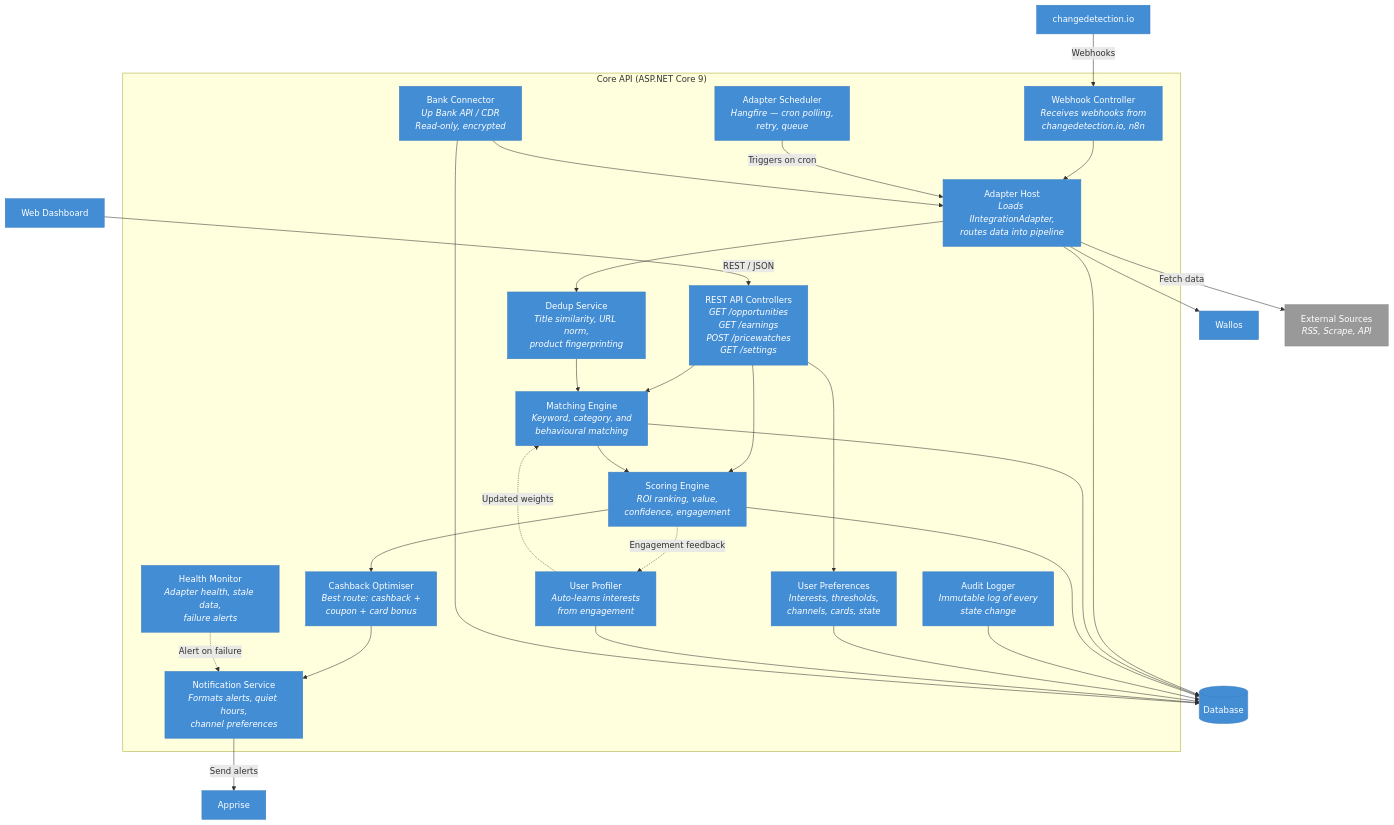
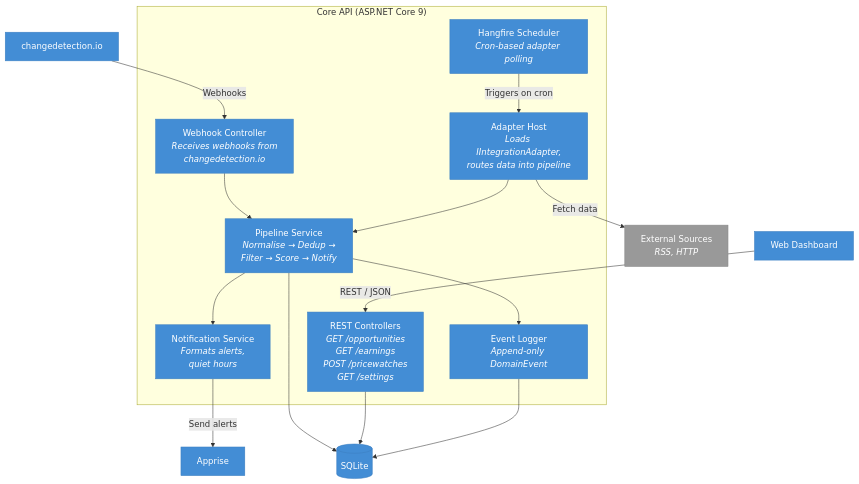
One commit to abhishekmandhare/Dealme changed the third of 7 diagrams in docs/ARCHITECTURE.md. Above: the diagram before and after it, drawn with Mermaid. The commit also changed other lines of this file and 3 other files, not shown here.

````diff
--- a/docs/ARCHITECTURE.md
+++ b/docs/ARCHITECTURE.md
@@ -130,80 +88,46 @@
 ```mermaid
 graph TB
     Dashboard["Web Dashboard"]
     CDIO["changedetection.io"]
     Apprise["Apprise"]
-    Wallos["Wallos"]
-    DB[("Database")]
-    External["External Sources<br/><i>RSS, Scrape, API</i>"]
+    DB[("SQLite")]
+    External["External Sources<br/><i>RSS, HTTP</i>"]
 
     subgraph API["Core API (ASP.NET Core 9)"]
-        REST["REST API Controllers<br/><i>GET /opportunities<br/>GET /earnings<br/>POST /pricewatches<br/>GET /settings</i>"]
-        Webhook["Webhook Controller<br/><i>Receives webhooks from<br/>changedetection.io, n8n</i>"]
-        Matching["Matching Engine<br/><i>Keyword, category, and<br/>behavioural matching</i>"]
-        Scoring["Scoring Engine<br/><i>ROI ranking, value,<br/>confidence, engagement</i>"]
-        Dedup["Dedup Service<br/><i>Title similarity, URL norm,<br/>product fingerprinting</i>"]
-        CashbackOpt["Cashback Optimiser<br/><i>Best route: cashback +<br/>coupon + card bonus</i>"]
-        Profiler["User Profiler<br/><i>Auto-learns interests<br/>from engagement</i>"]
-        Notifier["Notification Service<br/><i>Formats alerts, quiet hours,<br/>channel preferences</i>"]
-        Scheduler["Adapter Scheduler<br/><i>Hangfire — cron polling,<br/>retry, queue</i>"]
+        REST["REST Controllers<br/><i>GET /opportunities<br/>GET /earnings<br/>POST /pricewatches<br/>GET /settings</i>"]
+        Webhook["Webhook Controller<br/><i>Receives webhooks from<br/>changedetection.io</i>"]
+        Pipeline["Pipeline Service<br/><i>Normalise → Dedup →<br/>Filter → Score → Notify</i>"]
         AdapterHost["Adapter Host<br/><i>Loads IIntegrationAdapter,<br/>routes data into pipeline</i>"]
-        Audit["Audit Logger<br/><i>Immutable log of every<br/>state change</i>"]
-        Prefs["User Preferences<br/><i>Interests, thresholds,<br/>channels, cards, state</i>"]
-        Health["Health Monitor<br/><i>Adapter health, stale data,<br/>failure alerts</i>"]
-        BankConn["Bank Connector<br/><i>Up Bank API / CDR<br/>Read-only, encrypted</i>"]
+        Scheduler["Hangfire Scheduler<br/><i>Cron-based adapter polling</i>"]
+        Notifier["Notification Service<br/><i>Formats alerts,<br/>quiet hours</i>"]
+        EventLog["Event Logger<br/><i>Append-only DomainEvent</i>"]
     end
 
-    Dashboard -->|"REST / JSON"| REST
-    CDIO -->|"Webhooks"| Webhook
+    Dashboard -->|REST / JSON| REST
+    CDIO -->|Webhooks| Webhook
 
-    REST --> Prefs
-    REST --> Matching
-    REST --> Scoring
-    Webhook --> AdapterHost
+    Webhook --> Pipeline
+    Scheduler -->|Triggers on cron| AdapterHost
+    AdapterHost -->|Fetch data| External
+    AdapterHost --> Pipeline
+    Pipeline --> Notifier
+    Notifier -->|Send alerts| Apprise
 
-    Scheduler -->|"Triggers on cron"| AdapterHost
-    AdapterHost --> Dedup
-    Dedup --> Matching
-    Matching --> Scoring
-    Scoring --> CashbackOpt
-    CashbackOpt --> Notifier
-
-    Scoring -.->|"Engagement feedback"| Profiler
-    Profiler -.->|"Updated weights"| Matching
-
-    AdapterHost -->|"Fetch data"| External
-    Notifier -->|"Send alerts"| Apprise
-    AdapterHost --> Wallos
-    BankConn --> AdapterHost
-
-    AdapterHost --> DB
-    Matching --> DB
-    Scoring --> DB
-    Audit --> DB
-    Prefs --> DB
-    Profiler --> DB
-    BankConn --> DB
-
-    Health -.->|"Alert on failure"| Notifier
+    Pipeline --> EventLog
+    Pipeline --> DB
+    REST --> DB
+    EventLog --> DB
 
     style Dashboard fill:#438DD5,stroke:#3C7FC0,color:#fff
     style CDIO fill:#438DD5,stroke:#3C7FC0,color:#fff
     style Apprise fill:#438DD5,stroke:#3C7FC0,color:#fff
-    style Wallos fill:#438DD5,stroke:#3C7FC0,color:#fff
     style DB fill:#438DD5,stroke:#3C7FC0,color:#fff
     style External fill:#999,stroke:#888,color:#fff
     style REST fill:#438DD5,stroke:#3C7FC0,color:#fff
     style Webhook fill:#438DD5,stroke:#3C7FC0,color:#fff
-    style Matching fill:#438DD5,stroke:#3C7FC0,color:#fff
-    style Scoring fill:#438DD5,stroke:#3C7FC0,color:#fff
-    style Dedup fill:#438DD5,stroke:#3C7FC0,color:#fff
-    style CashbackOpt fill:#438DD5,stroke:#3C7FC0,color:#fff
-    style Profiler fill:#438DD5,stroke:#3C7FC0,color:#fff
+    style Pipeline fill:#438DD5,stroke:#3C7FC0,color:#fff
+    style AdapterHost fill:#438DD5,stroke:#3C7FC0,color:#fff
+    style Scheduler fill:#438DD5,stroke:#3C7FC0,color:#fff
     style Notifier fill:#438DD5,stroke:#3C7FC0,color:#fff
-    style Scheduler fill:#438DD5,stroke:#3C7FC0,color:#fff
-    style AdapterHost fill:#438DD5,stroke:#3C7FC0,color:#fff
-    style Audit fill:#438DD5,stroke:#3C7FC0,color:#fff
-    style Prefs fill:#438DD5,stroke:#3C7FC0,color:#fff
-    style Health fill:#438DD5,stroke:#3C7FC0,color:#fff
-    style BankConn fill:#438DD5,stroke:#3C7FC0,color:#fff
+    style EventLog fill:#438DD5,stroke:#3C7FC0,color:#fff
 ```
````
